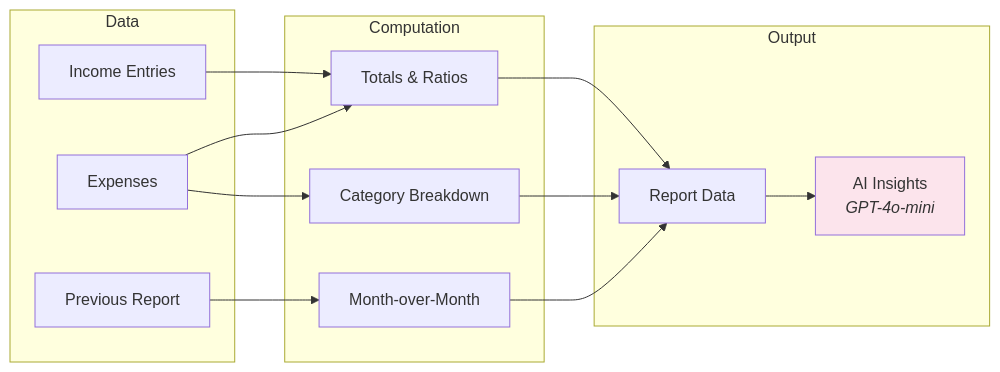
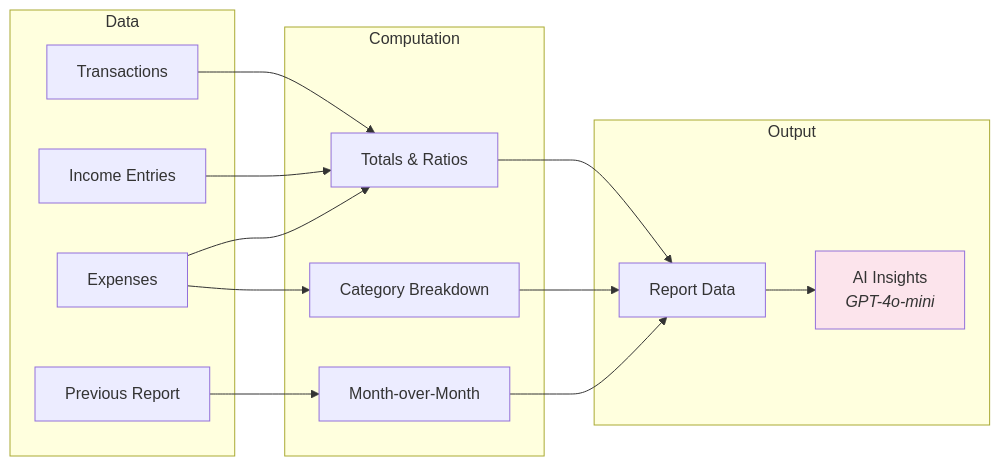
The seventh of 11 diagrams in README.md (mjmitchell86/Spendoza), drawn with Mermaid before and after one commit. The commit also changed other lines of this file, not shown here.

First line of the commit message:
docs: update README with full feature set and mermaid diagrams

````diff
--- a/README.md
+++ b/README.md
@@ -163,30 +229,32 @@
 ```mermaid
 flowchart LR
     subgraph Data
+        Txns[Transactions]
         Inc[Income Entries]
         Exp[Expenses]
         Prev[Previous Report]
     end
 
     subgraph Computation
         Totals[Totals & Ratios]
         Categories[Category Breakdown]
         MoM[Month-over-Month]
     end
 
     subgraph Output
         Report[Report Data]
         Insights[AI Insights<br/><i>GPT-4o-mini</i>]
     end
 
+    Txns --> Totals
     Inc --> Totals
     Exp --> Totals
     Exp --> Categories
     Prev --> MoM
     Totals --> Report
     Categories --> Report
     MoM --> Report
     Report --> Insights
 
     style Insights fill:#fce4ec
 ```
````
